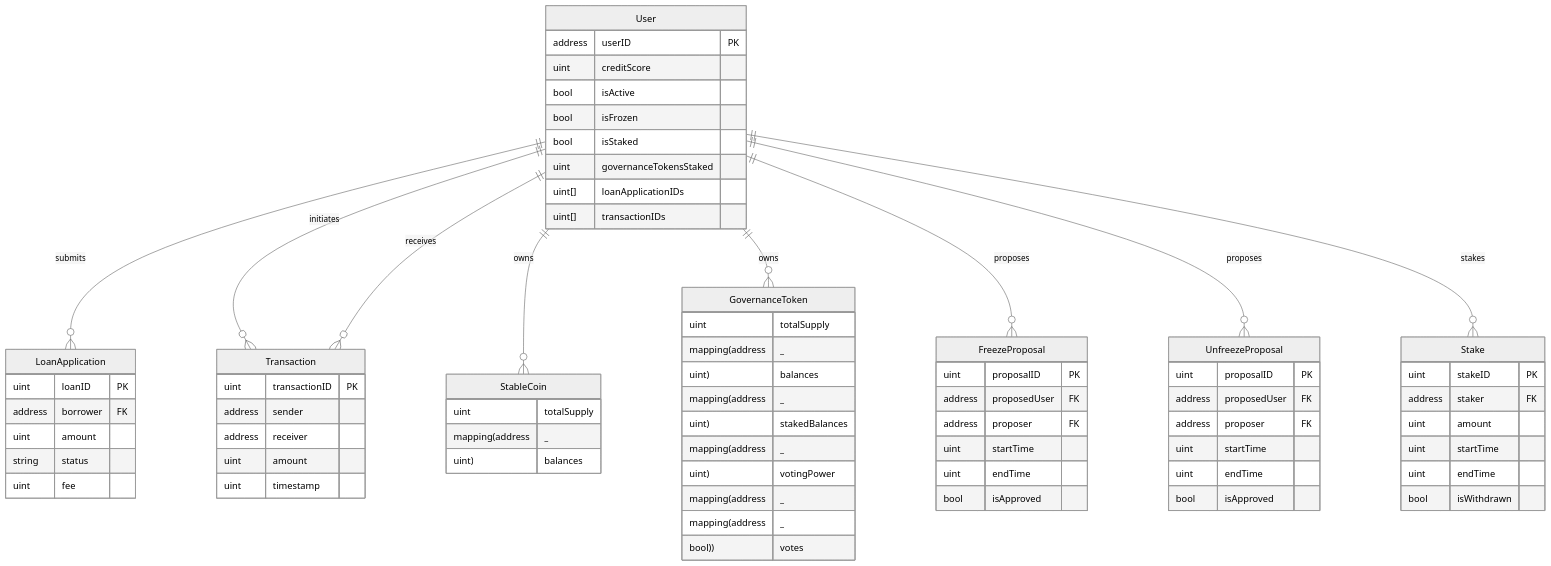
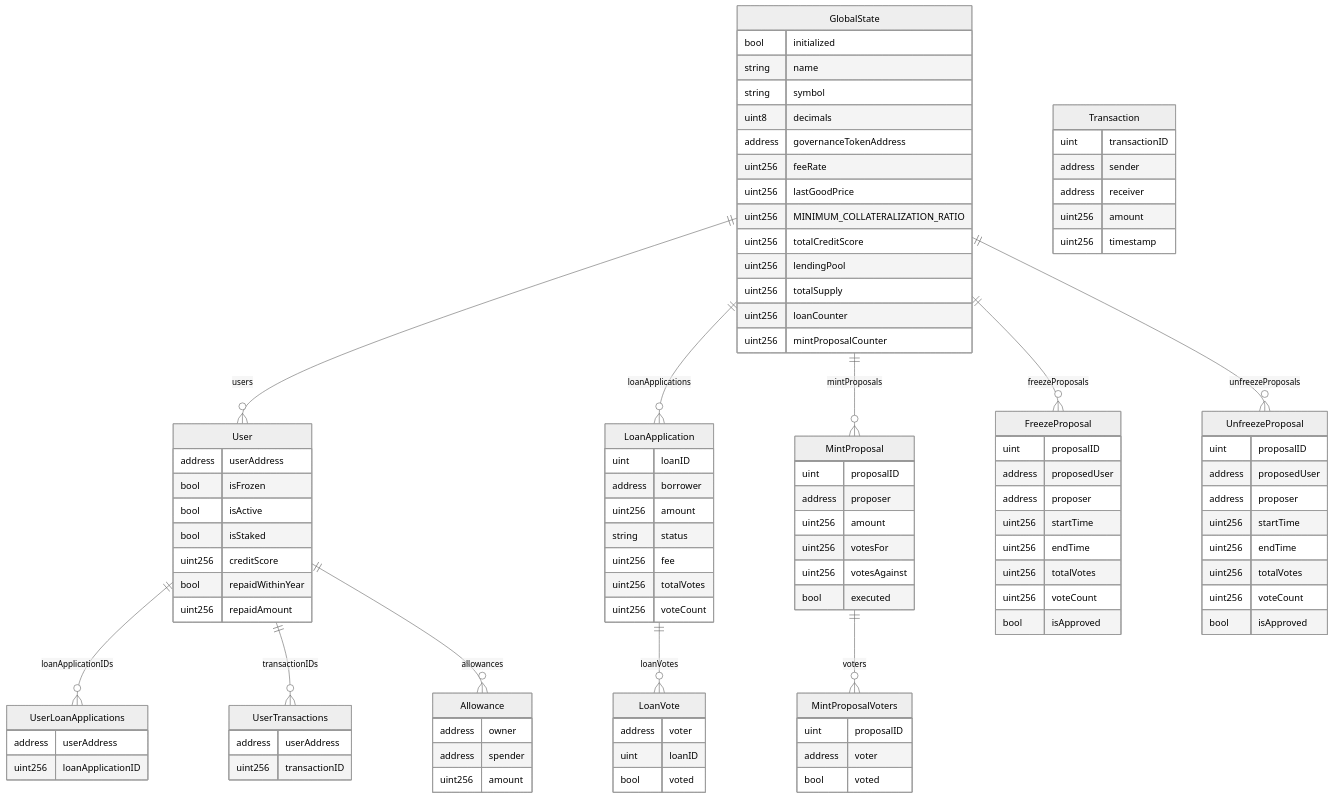
One commit to ecdysisxyz/StableCredit changed the first of 11 diagrams in docs/uml.md. Above: the diagram before and after it, drawn with Mermaid (neutral theme). The commit also changed other lines of this file and 9 other files, not shown here.

````diff
--- a/docs/uml.md
+++ b/docs/uml.md
@@ -2,70 +3,106 @@
 ```mermaid
 erDiagram
+    GlobalState {
+        bool initialized
+        string name
+        string symbol
+        uint8 decimals
+        address governanceTokenAddress
+        uint256 feeRate
+        uint256 lastGoodPrice
+        uint256 MINIMUM_COLLATERALIZATION_RATIO
+        uint256 totalCreditScore
+        uint256 lendingPool
+        uint256 totalSupply
+        uint256 loanCounter
+        uint256 mintProposalCounter
+    }
     User {
-        address userID PK
-        uint creditScore
+        address userAddress
+        bool isFrozen
         bool isActive
-        bool isFrozen
         bool isStaked
-        uint governanceTokensStaked
-        uint[] loanApplicationIDs
-        uint[] transactionIDs
+        uint256 creditScore
+        bool repaidWithinYear
+        uint256 repaidAmount
     }
     LoanApplication {
-        uint loanID PK
-        address borrower FK
-        uint amount
+        uint loanID
+        address borrower
+        uint256 amount
         string status
-        uint fee
+        uint256 fee
+        uint256 totalVotes
+        uint256 voteCount
+    }
+    MintProposal {
+        uint proposalID
+        address proposer
+        uint256 amount
+        uint256 votesFor
+        uint256 votesAgainst
+        bool executed
     }
     Transaction {
-        uint transactionID PK
+        uint transactionID
         address sender
         address receiver
-        uint amount
-        uint timestamp
-    }
-    StableCoin {
-        uint totalSupply
-        mapping(address _ uint) balances
-    }
-    GovernanceToken {
-        uint totalSupply
-        mapping(address _ uint) balances
-        mapping(address _ uint) stakedBalances
-        mapping(address _ uint) votingPower
-        mapping(address _ mapping(address _ bool)) votes
+        uint256 amount
+        uint256 timestamp
     }
     FreezeProposal {
-        uint proposalID PK
-        address proposedUser FK
-        address proposer FK
-        uint startTime
-        uint endTime
+        uint proposalID
+        address proposedUser
+        address proposer
+        uint256 startTime
+        uint256 endTime
+        uint256 totalVotes
+        uint256 voteCount
         bool isApproved
     }
     UnfreezeProposal {
-        uint proposalID PK
-        address proposedUser FK
-        address proposer FK
-        uint startTime
-        uint endTime
+        uint proposalID
+        address proposedUser
+        address proposer
+        uint256 startTime
+        uint256 endTime
+        uint256 totalVotes
+        uint256 voteCount
         bool isApproved
     }
-    Stake {
-        uint stakeID PK
-        address staker FK
-        uint amount
-        uint startTime
-        uint endTime
-        bool isWithdrawn
+    LoanVote {
+        address voter
+        uint loanID
+        bool voted
     }
-    User ||--o{ LoanApplication : submits
-    User ||--o{ Transaction : initiates
-    User ||--o{ Transaction : receives
-    User ||--o{ StableCoin : owns
-    User ||--o{ GovernanceToken : owns
-    User ||--o{ FreezeProposal : proposes
-    User ||--o{ UnfreezeProposal : proposes
-    User ||--o{ Stake : stakes
+    Allowance {
+        address owner
+        address spender
+        uint256 amount
+    }
+    UserLoanApplications {
+        address userAddress
+        uint256 loanApplicationID
+    }
+    UserTransactions {
+        address userAddress
+        uint256 transactionID
+    }
+    MintProposalVoters {
+        uint proposalID
+        address voter
+        bool voted
+    }
+
+    GlobalState ||--o{ User : "users"
+    GlobalState ||--o{ LoanApplication : "loanApplications"
+    GlobalState ||--o{ MintProposal : "mintProposals"
+    GlobalState ||--o{ FreezeProposal : "freezeProposals"
+    GlobalState ||--o{ UnfreezeProposal : "unfreezeProposals"
+    User ||--o{ UserLoanApplications : "loanApplicationIDs"
+    User ||--o{ UserTransactions : "transactionIDs"
+    LoanApplication ||--o{ LoanVote : "loanVotes"
+    MintProposal ||--o{ MintProposalVoters : "voters"
+    User ||--o{ Allowance : "allowances"
+    Transaction
 ```
````
